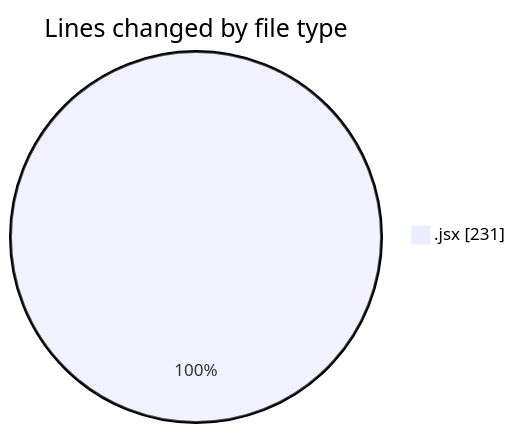
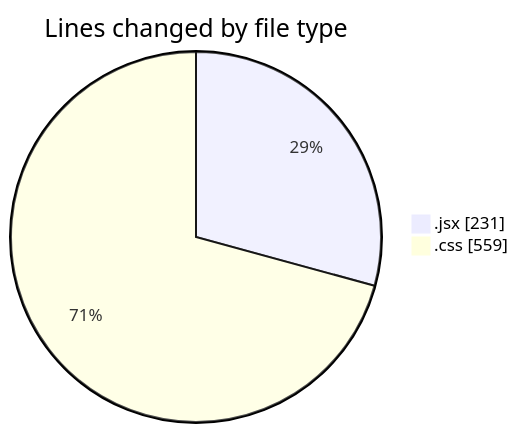
Before and after one commit to BS-eng2023/code-tracking: the first of 2 diagrams in 2025-05-08/react/README.md, drawn with Mermaid. The commit also changed other lines of this file and 1 other file, not shown here.

````diff
--- a/2025-05-08/react/README.md
+++ b/2025-05-08/react/README.md
@@ -20,5 +21,6 @@
 ```mermaid
 pie showData
 title Lines changed by file type
 ".jsx" : 231
+".css" : 559
 ```
````
